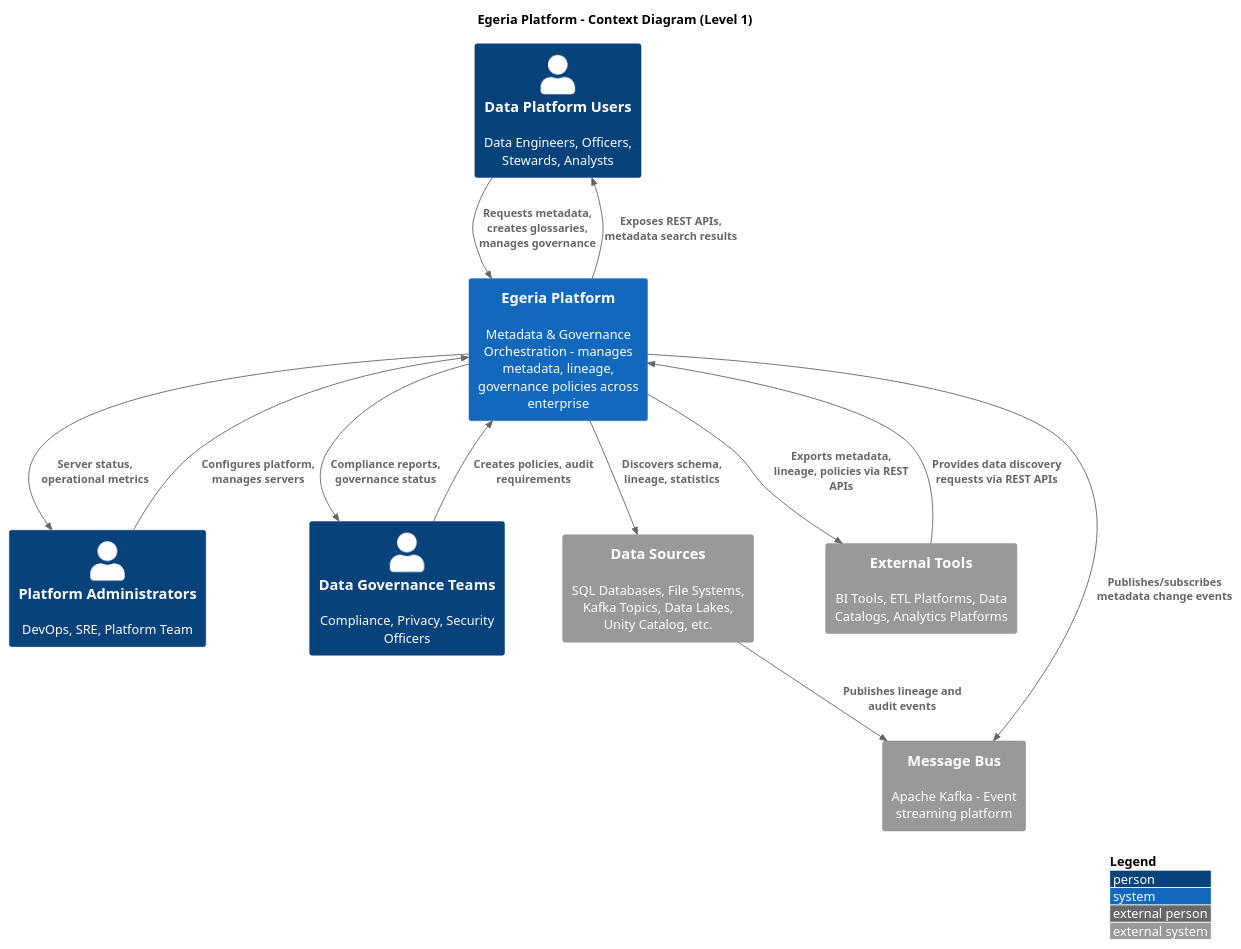
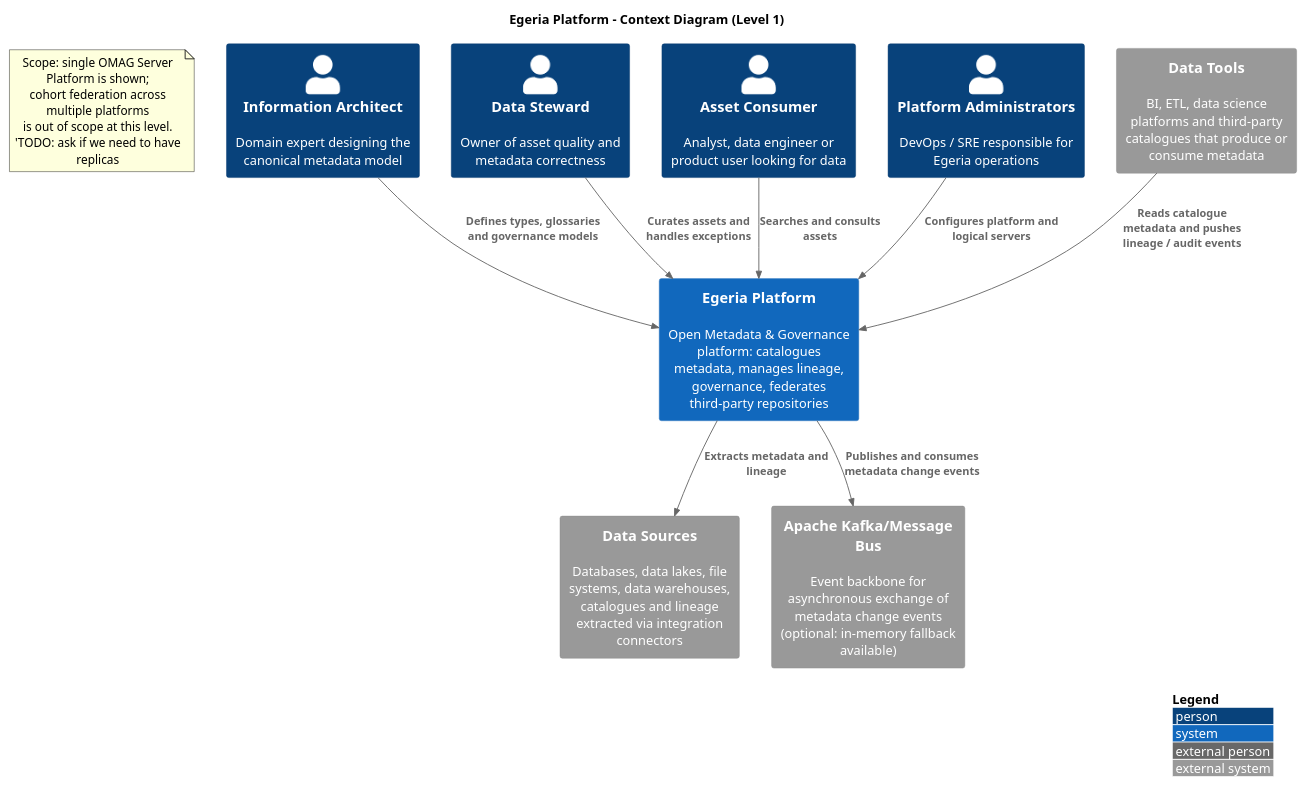
The diagram in diagrams/c4/context.puml (PoliTO-SwDA-2026-Team18/project), drawn with PlantUML before and after one commit. The commit also changed 1 other file, not shown here.

Commit message:
edit: refinement of context and container  c4 diagrams

```diff
--- a/diagrams/c4/context.puml
+++ b/diagrams/c4/context.puml
@@ -1,35 +1,39 @@
 @startuml C4_Context_Egeria
 !include https://raw.githubusercontent.com/plantuml-stdlib/C4-PlantUML/master/C4_Context.puml
 
 LAYOUT_WITH_LEGEND()
 
 title Egeria Platform - Context Diagram (Level 1)
 
-Person(dataUsers, "Data Platform Users", "Data Engineers, Officers, Stewards, Analysts")
-' All 26 identified user roles are represented by the collective "Data Platform Users" actor
-Person(admins, "Platform Administrators", "DevOps, SRE, Platform Team")
-Person(governance, "Data Governance Teams", "Compliance, Privacy, Security Officers")
+note as N1
+  Scope: single OMAG Server Platform is shown; 
+  cohort federation across multiple platforms 
+  is out of scope at this level. 'TODO: ask if we need to have replicas
+end note
 
-System(egeria, "Egeria Platform", "Metadata & Governance Orchestration - manages metadata, lineage, governance policies across enterprise")
+' By definitions of the documentation
+Person(architect, "Information Architect", "Domain expert designing the canonical metadata model")
+Person(steward,   "Data Steward",          "Owner of asset quality and metadata correctness")
+Person(consumer,  "Asset Consumer",        "Analyst, data engineer or product user looking for data")
+Person(admin,     "Platform Administrators","DevOps / SRE responsible for Egeria operations")
 
-System_Ext(dataSources, "Data Sources", "SQL Databases, File Systems, Kafka Topics, Data Lakes, Unity Catalog, etc.")
-System_Ext(externalTools, "External Tools", "BI Tools, ETL Platforms, Data Catalogs, Analytics Platforms")
-System_Ext(kafka, "Message Bus", "Apache Kafka - Event streaming platform")
+System(egeria, "Egeria Platform", "Open Metadata & Governance platform: catalogues metadata, manages lineage, governance, federates third-party repositories")
+' TODO: ask if this description is useful of is just noise bcause of the definition in other parts of the arch doc
 
-Rel(dataUsers, egeria, "Requests metadata, creates glossaries, manages governance")
-Rel(egeria, dataUsers, "Exposes REST APIs, metadata search results")
+System_Ext(dataSources,   "Data Sources", "Databases, data lakes, file systems, data warehouses, catalogues and lineage extracted via integration connectors")
+System_Ext(externalTools, "Data Tools",   "BI, ETL, data science platforms and third-party catalogues that produce or consume metadata")
+System_Ext(kafka,         "Apache Kafka/Message Bus", "Event backbone for asynchronous exchange of metadata change events (optional: in-memory fallback available)")
+' TODO: ask if we can write here Kafka or we have to consider the default situation
 
-Rel(admins, egeria, "Configures platform, manages servers")
-Rel(egeria, admins, "Server status, operational metrics")
+Rel(architect, egeria, "Defines types, glossaries and governance models")
+Rel(steward,   egeria, "Curates assets and handles exceptions")
+Rel(consumer,  egeria, "Searches and consults assets")
+Rel(admin,     egeria, "Configures platform and logical servers")
 
-Rel(governance, egeria, "Creates policies, audit requirements")
-Rel(egeria, governance, "Compliance reports, governance status")
-
-Rel(egeria, dataSources, "Discovers schema, lineage, statistics")
-Rel(dataSources, kafka, "Publishes lineage and audit events")
-Rel(egeria, kafka, "Publishes/subscribes metadata change events")
-
-Rel(egeria, externalTools, "Exports metadata, lineage, policies via REST APIs")
-Rel(externalTools, egeria, "Provides data discovery requests via REST APIs")
+Rel(egeria, dataSources,   "Extracts metadata and lineage")
+Rel(egeria, kafka,         "Publishes and consumes metadata change events")
+Rel(externalTools, egeria, "Reads catalogue metadata and pushes lineage / audit events")
+' TODO: arrow direction: egeria ussually starts the interaction with the internal integration connectors (do pull of datasources and tools)
+' The external tools queries catalogue metadata (opposite direction)
 
 @enduml
```
